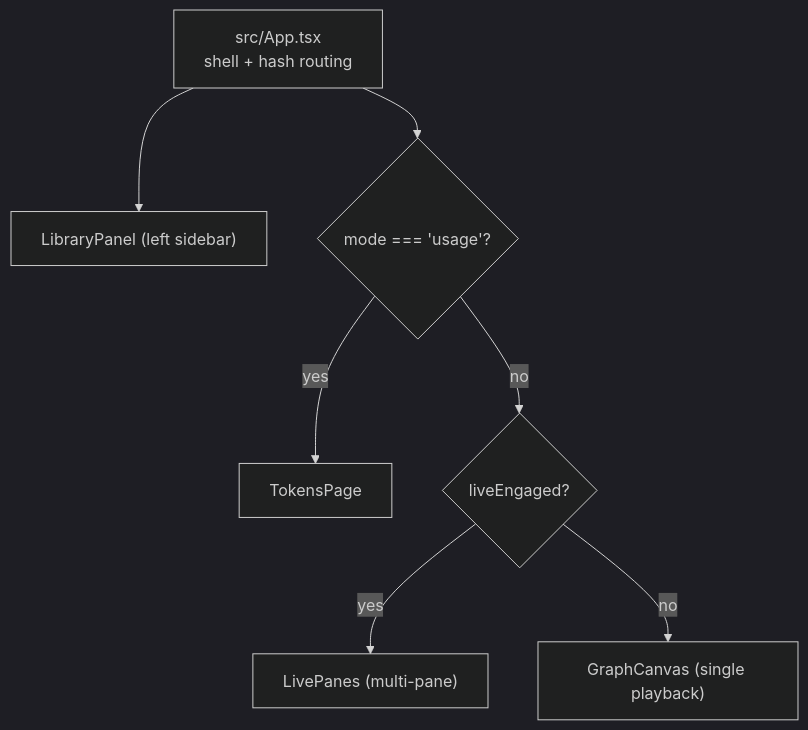
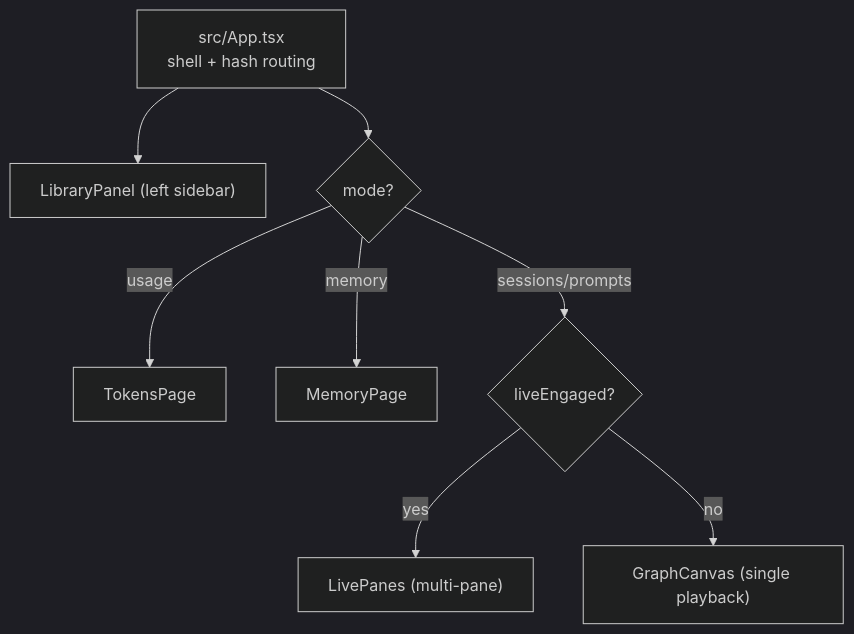
Before and after one commit to tomislav-bogomilov/agent-watch: the fourth of 4 diagrams in docs/tech_docs/DEVELOPER_GUIDE.md, drawn with Mermaid (dark theme). The commit also changed other lines of this file and 2 other files, not shown here.

Commit message:
docs(memory): document the Memory page + write-safety model

````diff
--- a/docs/tech_docs/DEVELOPER_GUIDE.md
+++ b/docs/tech_docs/DEVELOPER_GUIDE.md
@@ -309,10 +311,11 @@
 ```mermaid
 flowchart TD
     APP["src/App.tsx<br/>shell + hash routing"]
     APP --> LIB["LibraryPanel (left sidebar)"]
-    APP --> VIEW{"mode === 'usage'?"}
-    VIEW -->|yes| TOK["TokensPage"]
-    VIEW -->|no| LIVE{"liveEngaged?"}
+    APP --> VIEW{"mode?"}
+    VIEW -->|usage| TOK["TokensPage"]
+    VIEW -->|memory| MEM["MemoryPage"]
+    VIEW -->|sessions/prompts| LIVE{"liveEngaged?"}
     LIVE -->|yes| LP["LivePanes (multi-pane)"]
     LIVE -->|no| GC["GraphCanvas (single playback)"]
 ```
````
